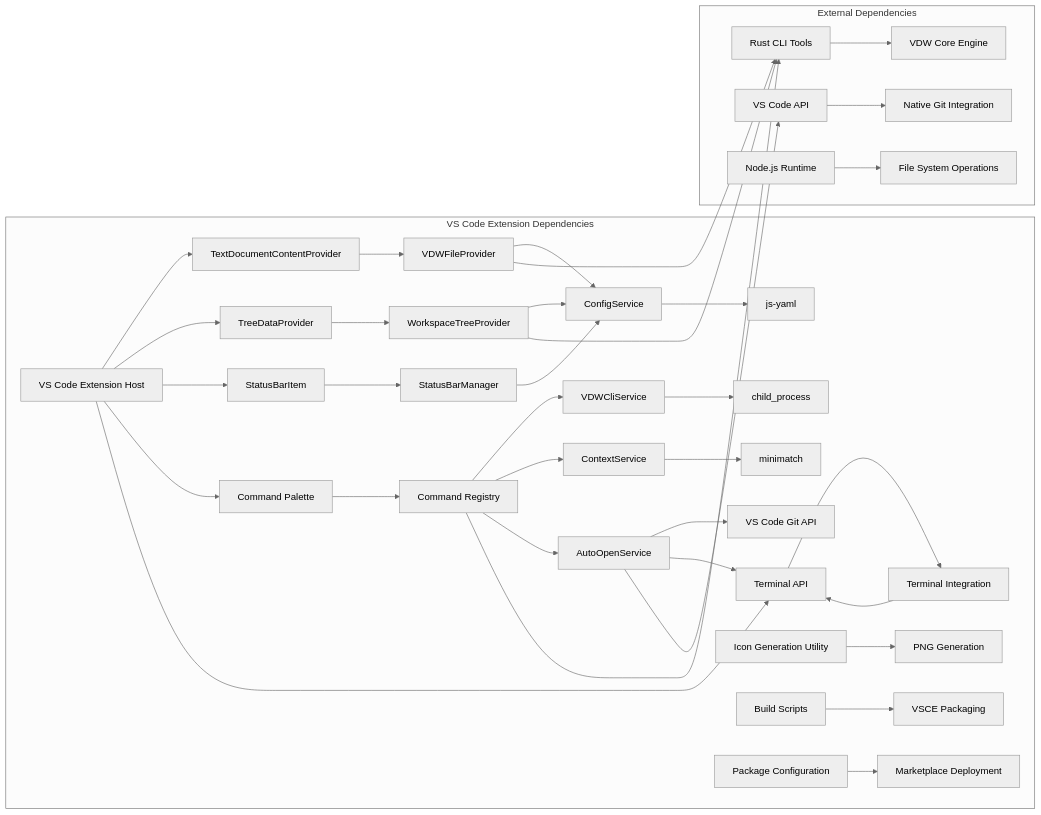
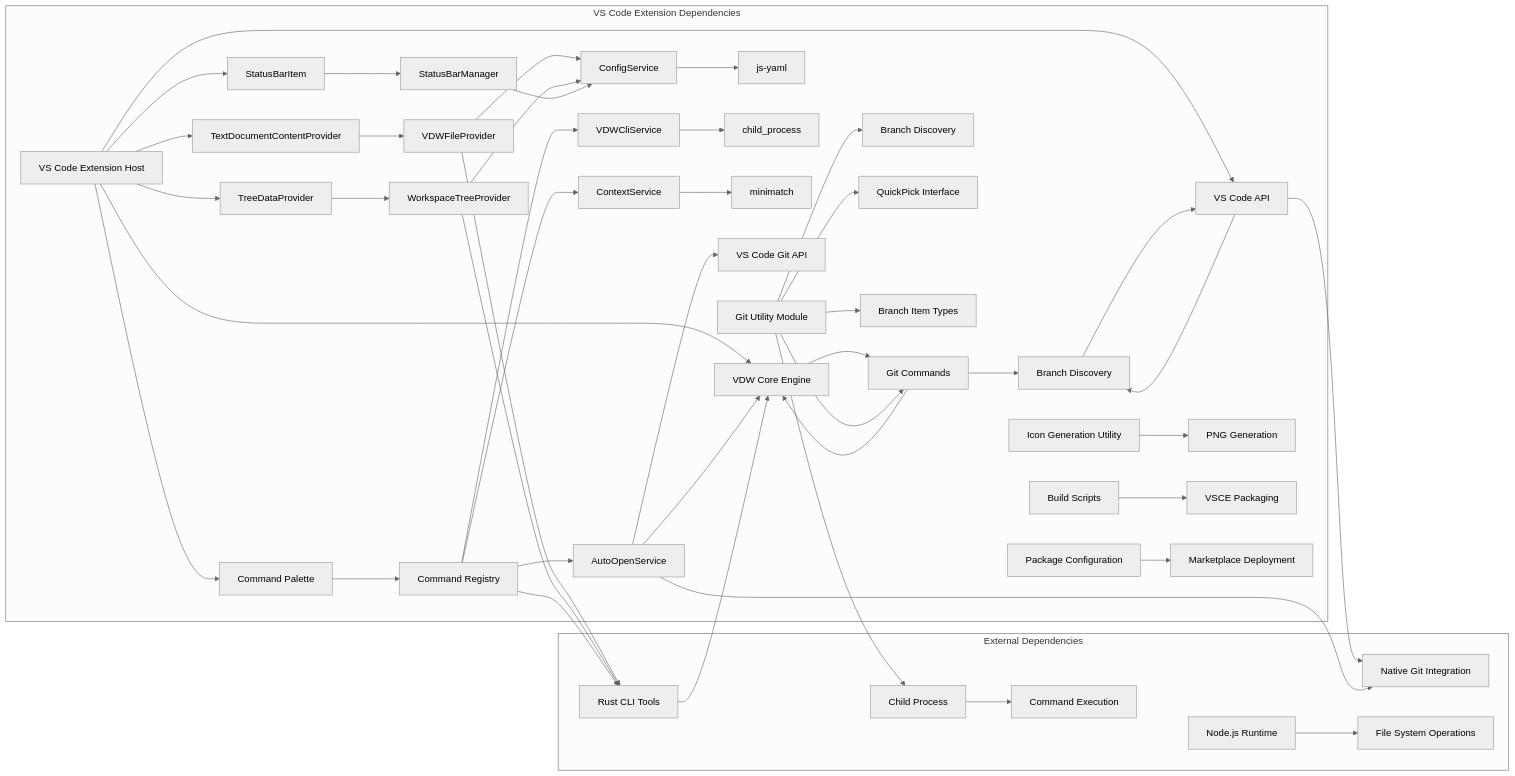
Before and after one commit to HWH-2019/vdw: the sixth of 6 diagrams in .qoder/repowiki/en/content/Core Features Documentation/VS Code Plugin Bridge & IDE Integration.md, drawn with Mermaid (neutral theme). The commit also changed other lines of this file and 4 other files, not shown here.

````diff
--- a/.qoder/repowiki/en/content/Core Features Documentation/VS Code Plugin Bridge & IDE Integration.md
+++ b/.qoder/repowiki/en/content/Core Features Documentation/VS Code Plugin Bridge & IDE Integration.md
@@ -801,39 +920,49 @@
 ```mermaid
 graph LR
 subgraph "VS Code Extension Dependencies"
 A[VS Code Extension Host] --> B[TextDocumentContentProvider]
 A --> C[TreeDataProvider]
 A --> D[StatusBarItem]
 A --> E[Command Palette]
 A --> FF[Terminal API]
-B --> G[VDWFileProvider]
-C --> H[WorkspaceTreeProvider]
-D --> I[StatusBarManager]
-E --> J[Command Registry]
-FF --> JJ[Terminal Integration]
-G --> K[ConfigService]
-H --> K
-I --> K
-J --> L[VDWCliService]
-J --> M[ContextService]
-J --> N[AutoOpenService]
-K --> O[js-yaml]
-L --> P[child_process]
-M --> Q[minimatch]
-N --> R[VS Code Git API]
-N --> FF
-S[Icon Generation Utility] --> T[PNG Generation]
-U[Build Scripts] --> V[VSCE Packaging]
-W[Package Configuration] --> X[Marketplace Deployment]
+A --> GG[QuickPick API]
+B --> H[VDWFileProvider]
+C --> I[WorkspaceTreeProvider]
+D --> J[StatusBarManager]
+E --> K[Command Registry]
+FF --> KK[Terminal Integration]
+GG --> LL[Branch Selection UI]
+H --> M[ConfigService]
+I --> M
+J --> M
+K --> N[VDWCliService]
+K --> O[ContextService]
+K --> P[AutoOpenService]
+M --> Q[js-yaml]
+N --> R[child_process]
+O --> S[minimatch]
+P --> T[VS Code Git API]
+P --> FF
+U[Git Utility Module] --> V[Branch Discovery]
+U --> W[QuickPick Interface]
+U --> X[Branch Item Types]
+Y[Icon Generation Utility] --> Z[PNG Generation]
+AA[Build Scripts] --> BB[VSCE Packaging]
+CC[Package Configuration] --> DD[Marketplace Deployment]
 end
 subgraph "External Dependencies"
-Y[Rust CLI Tools] --> Z[VDW Core Engine]
-AA[VS Code API] --> BB[Native Git Integration]
-CC[Node.js Runtime] --> DD[File System Operations]
+EE[Rust CLI Tools] --> FF[VDW Core Engine]
+GG[VS Code API] --> HH[Native Git Integration]
+II[Node.js Runtime] --> JJ[File System Operations]
+KK[Git Commands] --> LL[Branch Discovery]
+MM[Child Process] --> NN[Command Execution]
 end
-G --> Y
-H --> Y
-J --> Y
-N --> AA
-JJ --> FF
+H --> EE
+I --> EE
+K --> EE
+P --> HH
+KK --> FF
+LL --> GG
+U --> KK
+U --> MM
 ```
````
